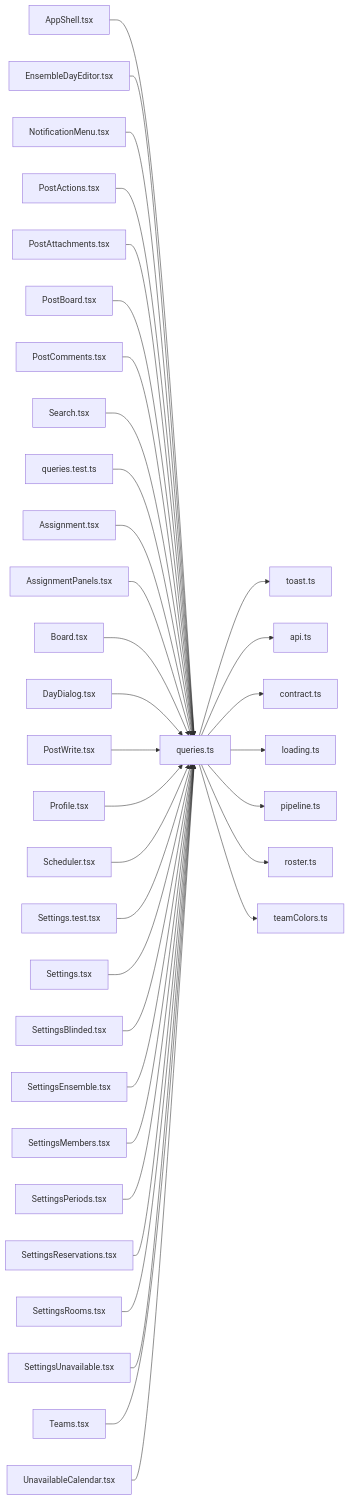
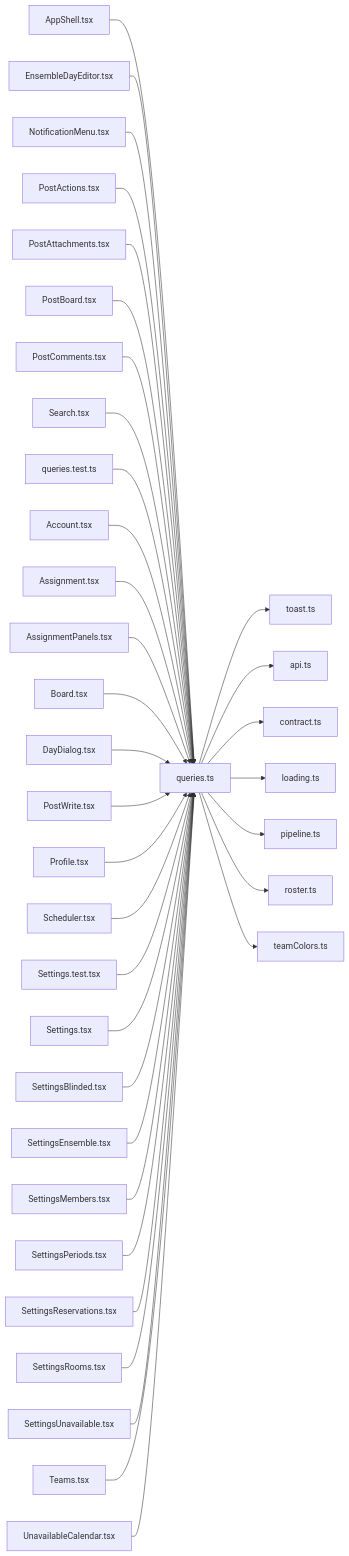
Before and after one commit to minkong-dev/Banblit: the diagram in .cluedoc/graph/frontend/src/components/queries.md, drawn with Mermaid. The commit also changed other lines of this file and 29 other files, not shown here.

````diff
--- a/.cluedoc/graph/frontend/src/components/queries.md
+++ b/.cluedoc/graph/frontend/src/components/queries.md
@@ -10,38 +10,39 @@
 ```mermaid
 flowchart LR
   frontend_src_components_queries["queries.ts"]
   frontend_src_components_queries --> frontend_src_components_toast["toast.ts"]
   frontend_src_components_queries --> frontend_src_lib_api["api.ts"]
   frontend_src_components_queries --> frontend_src_lib_contract["contract.ts"]
   frontend_src_components_queries --> frontend_src_lib_loading["loading.ts"]
   frontend_src_components_queries --> frontend_src_lib_pipeline["pipeline.ts"]
   frontend_src_components_queries --> frontend_src_lib_roster["roster.ts"]
   frontend_src_components_queries --> frontend_src_lib_teamColors["teamColors.ts"]
   frontend_src_components_AppShell["AppShell.tsx"] --> frontend_src_components_queries
   frontend_src_components_EnsembleDayEditor["EnsembleDayEditor.tsx"] --> frontend_src_components_queries
   frontend_src_components_NotificationMenu["NotificationMenu.tsx"] --> frontend_src_components_queries
   frontend_src_components_PostActions["PostActions.tsx"] --> frontend_src_components_queries
   frontend_src_components_PostAttachments["PostAttachments.tsx"] --> frontend_src_components_queries
   frontend_src_components_PostBoard["PostBoard.tsx"] --> frontend_src_components_queries
   frontend_src_components_PostComments["PostComments.tsx"] --> frontend_src_components_queries
   frontend_src_components_Search["Search.tsx"] --> frontend_src_components_queries
   frontend_src_components_queries_test["queries.test.ts"] --> frontend_src_components_queries
+  frontend_src_routes_Account["Account.tsx"] --> frontend_src_components_queries
   frontend_src_routes_Assignment["Assignment.tsx"] --> frontend_src_components_queries
   frontend_src_routes_AssignmentPanels["AssignmentPanels.tsx"] --> frontend_src_components_queries
   frontend_src_routes_Board["Board.tsx"] --> frontend_src_components_queries
   frontend_src_routes_DayDialog["DayDialog.tsx"] --> frontend_src_components_queries
   frontend_src_routes_PostWrite["PostWrite.tsx"] --> frontend_src_components_queries
   frontend_src_routes_Profile["Profile.tsx"] --> frontend_src_components_queries
   frontend_src_routes_Scheduler["Scheduler.tsx"] --> frontend_src_components_queries
   frontend_src_routes_Settings_test["Settings.test.tsx"] --> frontend_src_components_queries
   frontend_src_routes_Settings["Settings.tsx"] --> frontend_src_components_queries
   frontend_src_routes_SettingsBlinded["SettingsBlinded.tsx"] --> frontend_src_components_queries
   frontend_src_routes_SettingsEnsemble["SettingsEnsemble.tsx"] --> frontend_src_components_queries
   frontend_src_routes_SettingsMembers["SettingsMembers.tsx"] --> frontend_src_components_queries
   frontend_src_routes_SettingsPeriods["SettingsPeriods.tsx"] --> frontend_src_components_queries
   frontend_src_routes_SettingsReservations["SettingsReservations.tsx"] --> frontend_src_components_queries
   frontend_src_routes_SettingsRooms["SettingsRooms.tsx"] --> frontend_src_components_queries
   frontend_src_routes_SettingsUnavailable["SettingsUnavailable.tsx"] --> frontend_src_components_queries
   frontend_src_routes_Teams["Teams.tsx"] --> frontend_src_components_queries
   frontend_src_routes_UnavailableCalendar["UnavailableCalendar.tsx"] --> frontend_src_components_queries
 ```
````
